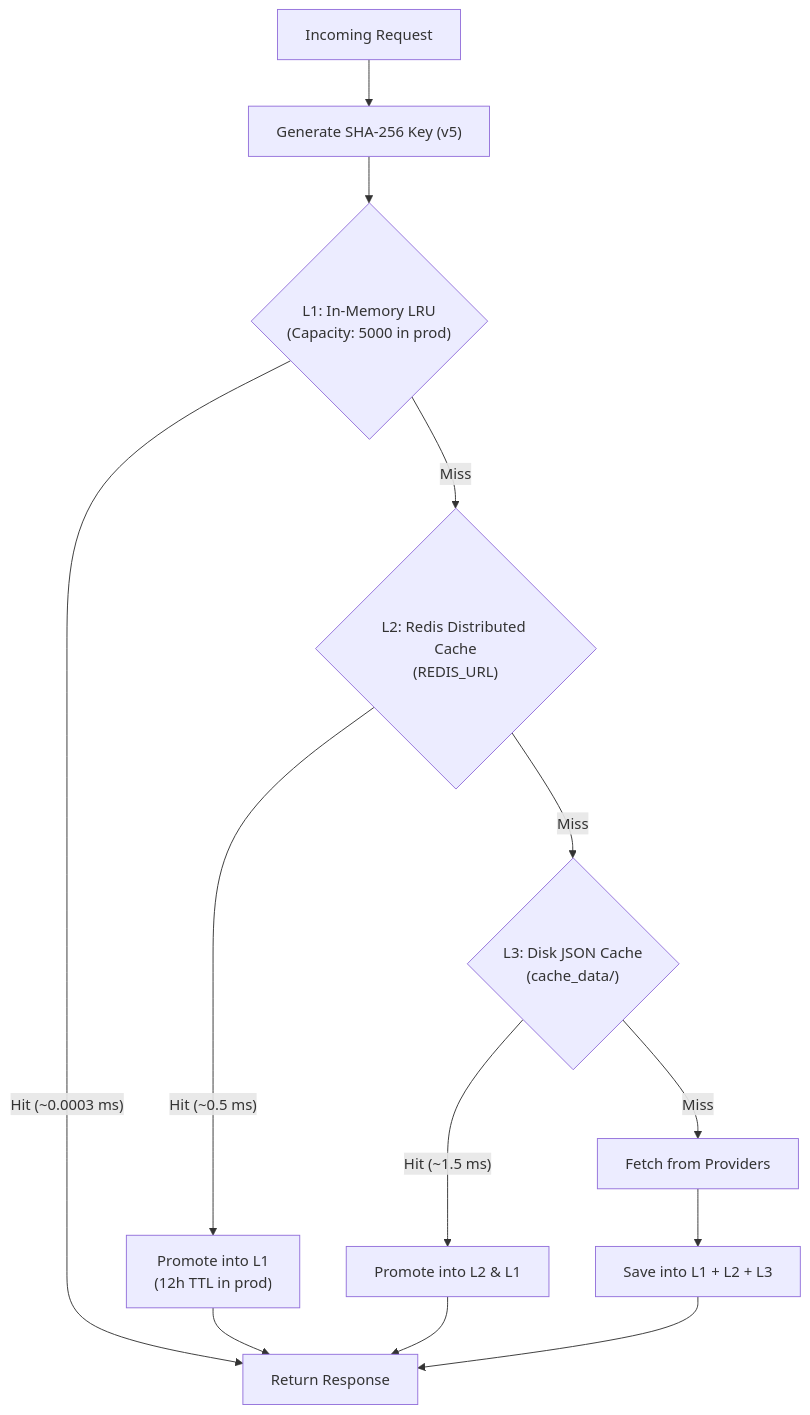
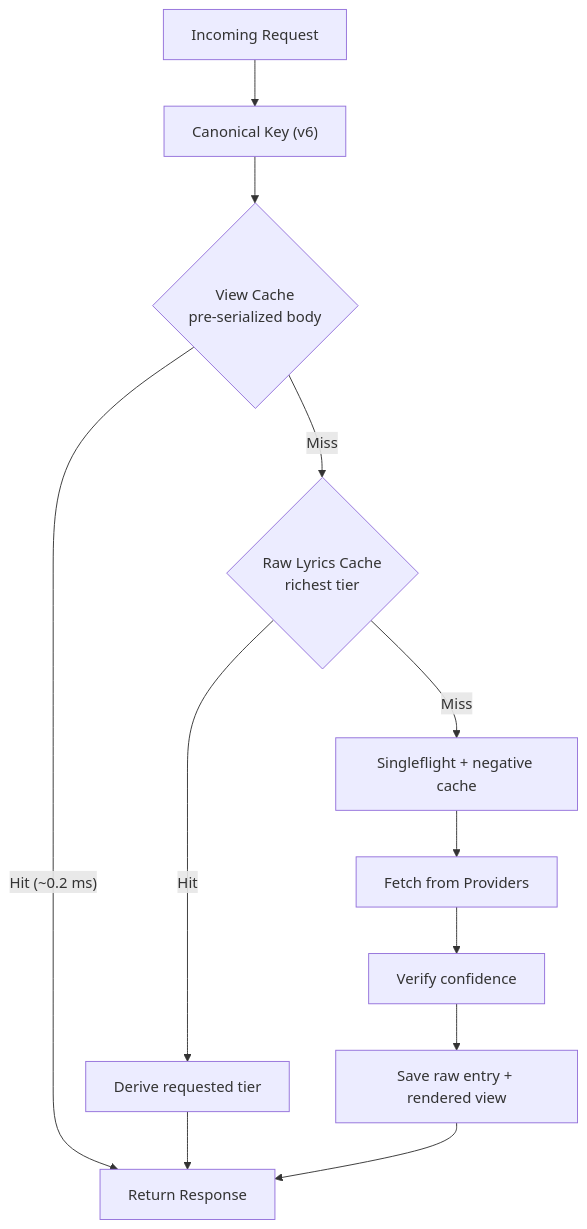
Before and after one commit to Wilooper/Lyrica: the diagram in docs/architecture/caching.md, drawn with Mermaid. The commit also changed other lines of this file and 44 other files, not shown here.

````diff
--- a/docs/architecture/caching.md
+++ b/docs/architecture/caching.md
@@ -9,20 +9,14 @@
 ```mermaid
 graph TD
-    Query[Incoming Request] --> Key["Generate SHA-256 Key (v5)"]
-    Key --> L1{"L1: In-Memory LRU<br/>(Capacity: 5000 in prod)"}
-
-    L1 -- Hit (~0.0003 ms) --> Return[Return Response]
-    L1 -- Miss --> L2{"L2: Redis Distributed Cache<br/>(REDIS_URL)"}
-
-    L2 -- Hit (~0.5 ms) --> PromoteL1["Promote into L1<br/>(12h TTL in prod)"]
-    PromoteL1 --> Return
-
-    L2 -- Miss --> L3{"L3: Disk JSON Cache<br/>(cache_data/)"}
-
-    L3 -- Hit (~1.5 ms) --> PromoteL2["Promote into L2 & L1"]
-    PromoteL2 --> Return
-
-    L3 -- Miss --> Network["Fetch from Providers"]
-    Network --> SaveAll["Save into L1 + L2 + L3"]
+    Query[Incoming Request] --> Key["Canonical Key (v6)"]
+    Key --> View{"View Cache<br/>pre-serialized body"}
+    View -- Hit (~0.2 ms) --> Return[Return Response]
+    View -- Miss --> Raw{"Raw Lyrics Cache<br/>richest tier"}
+    Raw -- Hit --> Derive["Derive requested tier"]
+    Derive --> Return
+    Raw -- Miss --> SF["Singleflight + negative cache"]
+    SF --> Network["Fetch from Providers"]
+    Network --> Verify["Verify confidence"]
+    Verify --> SaveAll["Save raw entry + rendered view"]
     SaveAll --> Return
 ```
````
